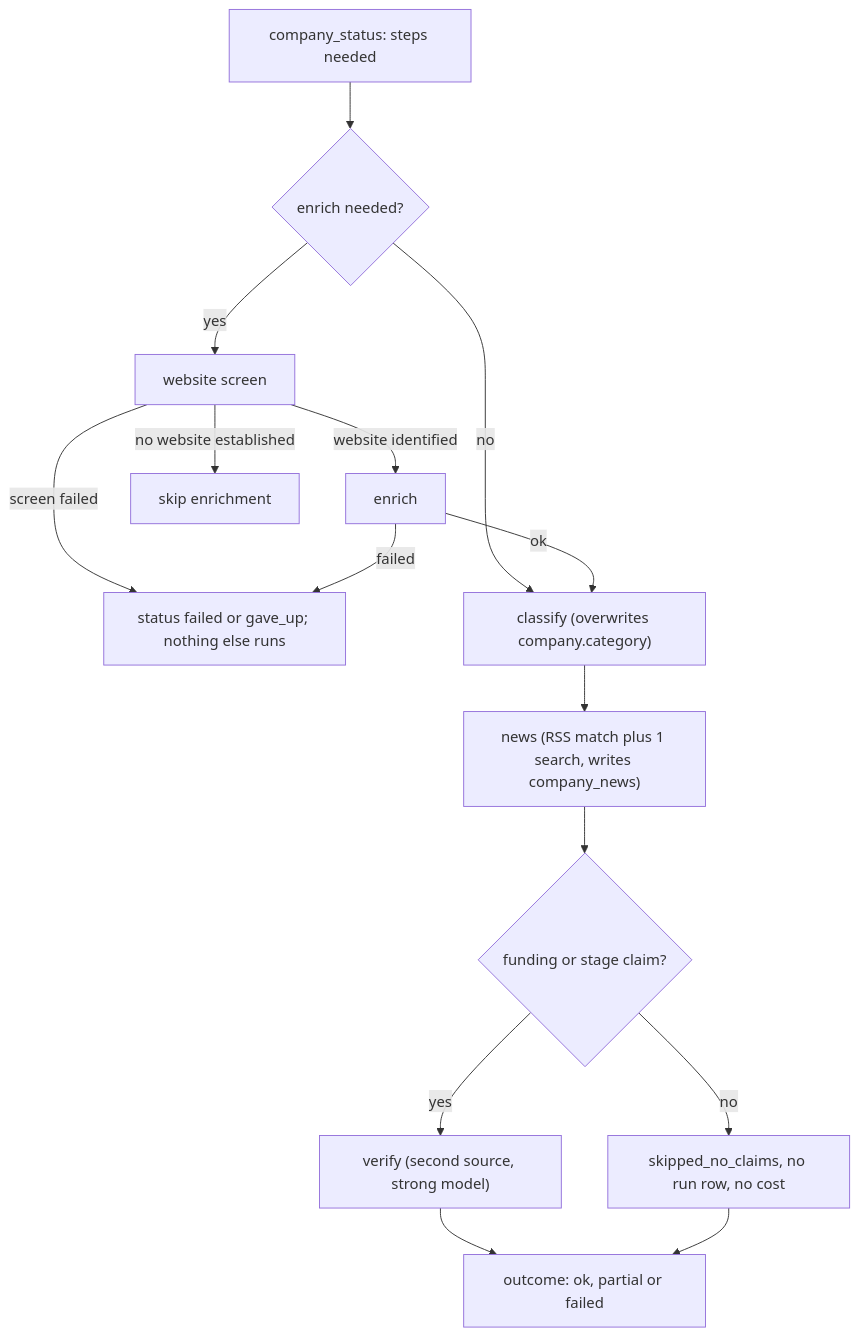
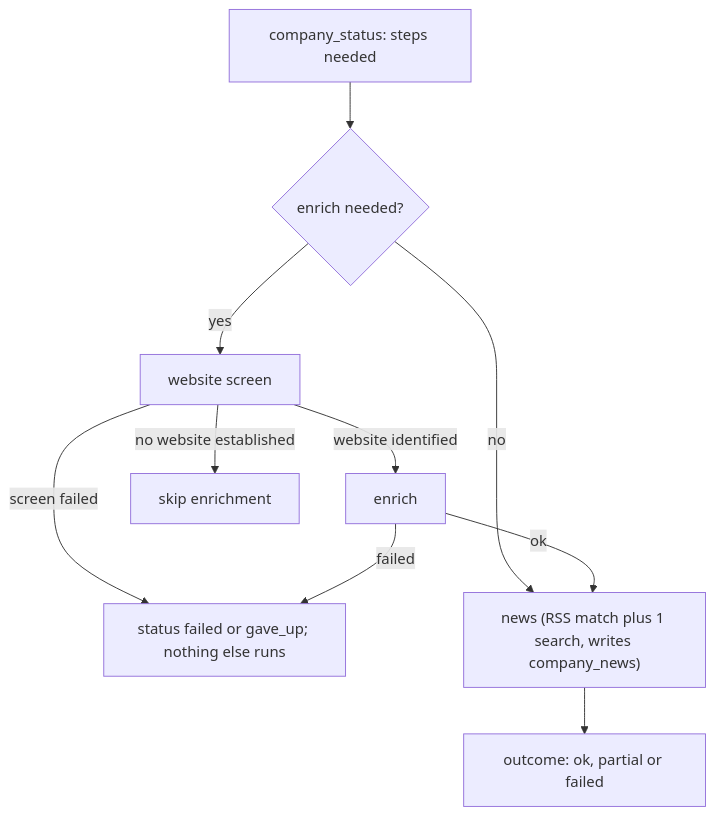
One commit to Farzaanee/sprout changed the second of 2 diagrams in docs/architecture/phases/phase-6-multi-agent.md. Above: the diagram before and after it, drawn with Mermaid. The commit also changed other lines of this file and 38 other files, not shown here.

Commit message:
remove classifier agent for categories and verifier agents for funding claims

````diff
--- a/docs/architecture/phases/phase-6-multi-agent.md
+++ b/docs/architecture/phases/phase-6-multi-agent.md
@@ -55,17 +48,12 @@
 ```mermaid
 flowchart TB
     S["company_status: steps needed"] --> E{"enrich needed?"}
     E -- yes --> WS["website screen"]
     WS -- "website identified" --> RE["enrich"]
     WS -- "no website established" --> SKIP["skip enrichment"]
     WS -- "screen failed" --> F
-    E -- no --> C
+    E -- no --> N
     RE -- "failed" --> F["status failed or gave_up; nothing else runs"]
-    RE -- "ok" --> C["classify (overwrites company.category)"]
-    C --> N["news (RSS match plus 1 search, writes company_news)"]
-    N --> V{"funding or stage claim?"}
-    V -- yes --> RV["verify (second source, strong model)"]
-    V -- no --> D["skipped_no_claims, no run row, no cost"]
-    RV --> O["outcome: ok, partial or failed"]
-    D --> O
+    RE -- "ok" --> N["news (RSS match plus 1 search, writes company_news)"]
+    N --> O["outcome: ok, partial or failed"]
 ```
````
